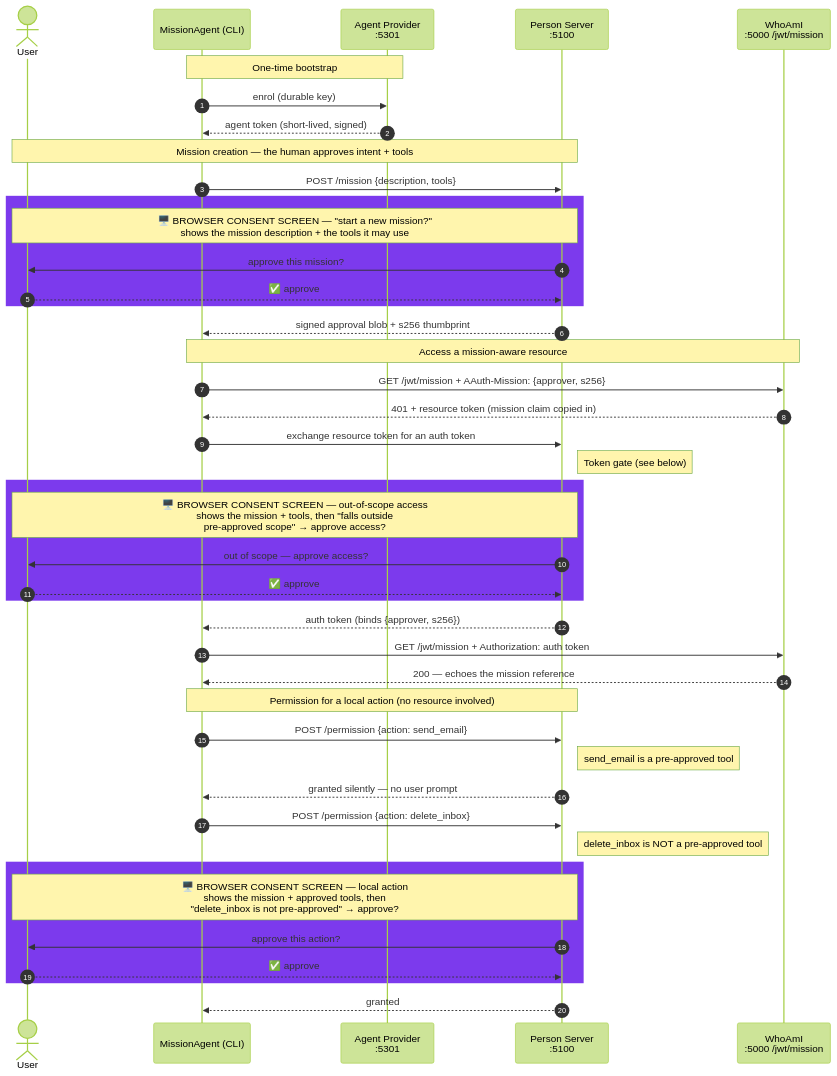
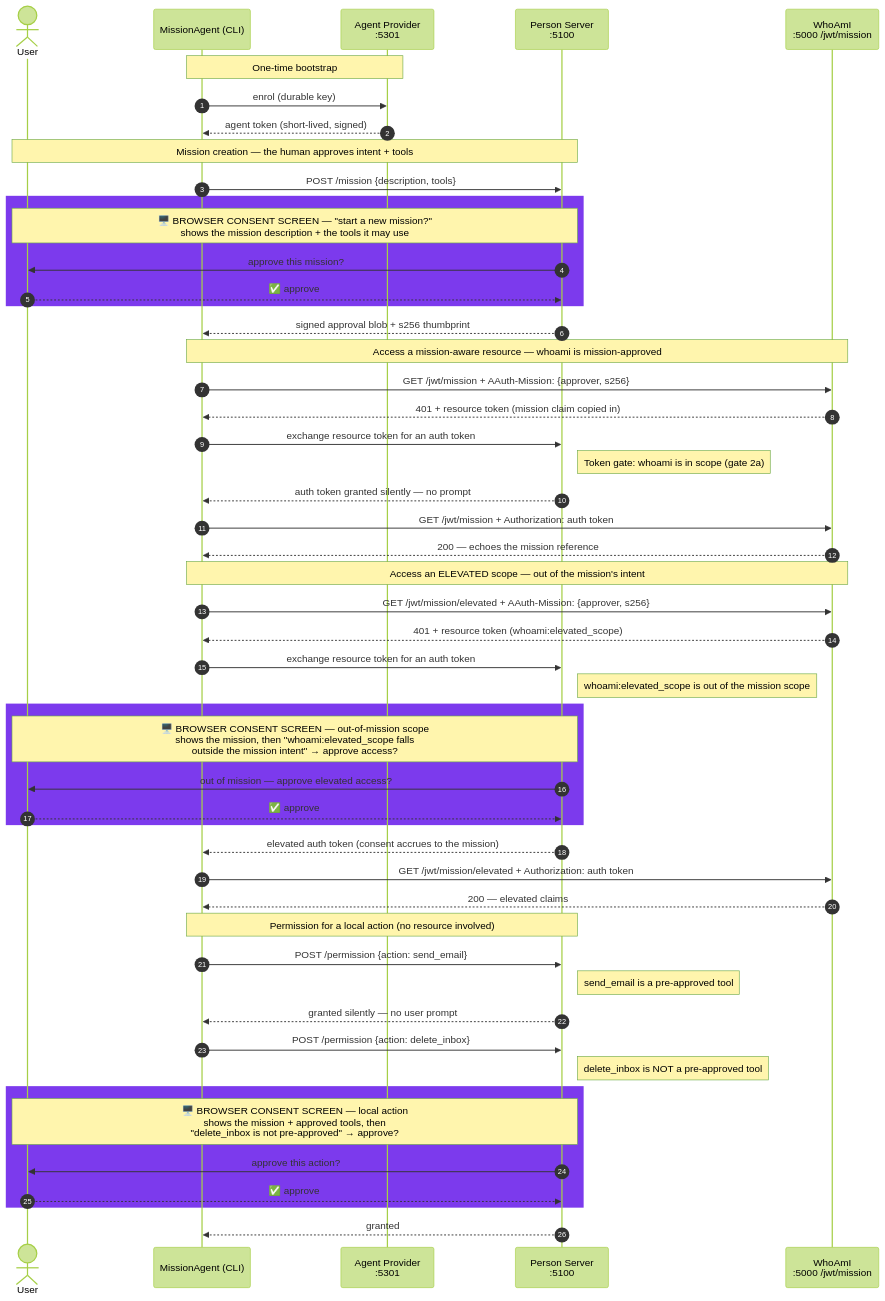
The first of 2 diagrams in samples/MissionAgent/README.md (aauth-dev/dotnet-samples), drawn with Mermaid (forest theme) before and after one commit. The commit also changed other lines of this file and 20 other files, not shown here.

````diff
--- a/samples/MissionAgent/README.md
+++ b/samples/MissionAgent/README.md
@@ -50,49 +75,58 @@
 ```mermaid
 sequenceDiagram
     autonumber
     actor User
     participant Agent as MissionAgent (CLI)
     participant AP as Agent Provider<br/>:5301
     participant PS as Person Server<br/>:5100
     participant R as WhoAmI<br/>:5000 /jwt/mission
 
     Note over Agent,AP: One-time bootstrap
     Agent->>AP: enrol (durable key)
     AP-->>Agent: agent token (short-lived, signed)
 
     Note over User,PS: Mission creation — the human approves intent + tools
     Agent->>PS: POST /mission {description, tools}
     rect rgb(124, 58, 237)
         Note over User,PS: 🖥️ BROWSER CONSENT SCREEN — "start a new mission?"<br/>shows the mission description + the tools it may use
         PS->>User: approve this mission?
         User-->>PS: ✅ approve
     end
     PS-->>Agent: signed approval blob + s256 thumbprint
 
-    Note over Agent,R: Access a mission-aware resource
+    Note over Agent,R: Access a mission-aware resource — whoami is mission-approved
     Agent->>R: GET /jwt/mission + AAuth-Mission: {approver, s256}
     R-->>Agent: 401 + resource token (mission claim copied in)
     Agent->>PS: exchange resource token for an auth token
-    Note right of PS: Token gate (see below)
+    Note right of PS: Token gate: whoami is in scope (gate 2a)
+    PS-->>Agent: auth token granted silently — no prompt
+    Agent->>R: GET /jwt/mission + Authorization: auth token
+    R-->>Agent: 200 — echoes the mission reference
+
+    Note over Agent,R: Access an ELEVATED scope — out of the mission's intent
+    Agent->>R: GET /jwt/mission/elevated + AAuth-Mission: {approver, s256}
+    R-->>Agent: 401 + resource token (whoami:elevated_scope)
+    Agent->>PS: exchange resource token for an auth token
+    Note right of PS: whoami:elevated_scope is out of the mission scope
     rect rgb(124, 58, 237)
-        Note over User,PS: 🖥️ BROWSER CONSENT SCREEN — out-of-scope access<br/>shows the mission + tools, then "falls outside<br/>pre-approved scope" → approve access?
-        PS->>User: out of scope — approve access?
+        Note over User,PS: 🖥️ BROWSER CONSENT SCREEN — out-of-mission scope<br/>shows the mission, then "whoami:elevated_scope falls<br/>outside the mission intent" → approve access?
+        PS->>User: out of mission — approve elevated access?
         User-->>PS: ✅ approve
     end
-    PS-->>Agent: auth token (binds {approver, s256})
-    Agent->>R: GET /jwt/mission + Authorization: auth token
-    R-->>Agent: 200 — echoes the mission reference
+    PS-->>Agent: elevated auth token (consent accrues to the mission)
+    Agent->>R: GET /jwt/mission/elevated + Authorization: auth token
+    R-->>Agent: 200 — elevated claims
 
     Note over Agent,PS: Permission for a local action (no resource involved)
     Agent->>PS: POST /permission {action: send_email}
     Note right of PS: send_email is a pre-approved tool
     PS-->>Agent: granted silently — no user prompt
     Agent->>PS: POST /permission {action: delete_inbox}
     Note right of PS: delete_inbox is NOT a pre-approved tool
     rect rgb(124, 58, 237)
         Note over User,PS: 🖥️ BROWSER CONSENT SCREEN — local action<br/>shows the mission + approved tools, then<br/>"delete_inbox is not pre-approved" → approve?
         PS->>User: approve this action?
         User-->>PS: ✅ approve
     end
     PS-->>Agent: granted
 ```
````
